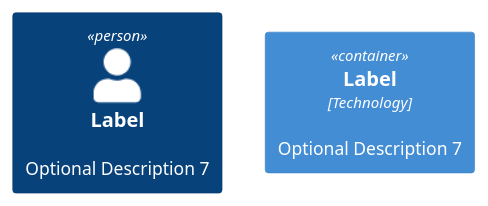
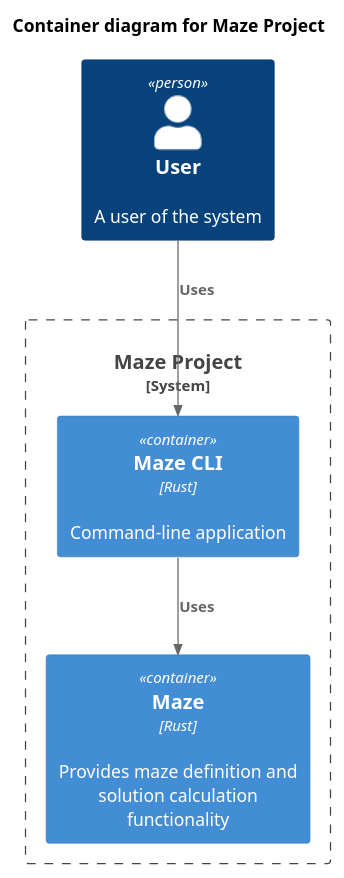
The diagram in diagrams/maze.puml (budgiedownunder/maze), drawn with PlantUML before and after one commit. The commit also changed 1 other file, not shown here.

Commit message:
Initial version of maze.puml refelecting system

```diff
--- a/diagrams/maze.puml
+++ b/diagrams/maze.puml
@@ -1,7 +1,15 @@
 @startuml
 
 !include https://raw.githubusercontent.com/plantuml-stdlib/C4-PlantUML/master/C4_Container.puml
 
-Person(personAlias, "Label", "Optional Description 7")
-Container(containerAlias, "Label", "Technology", "Optional Description 7")
+title Container diagram for Maze Project
+
+Person(user, "User", "A user of the system")
+System_Boundary(c1, "Maze Project") {
+    Container(cli_app, "Maze CLI", "Rust", "Command-line application ")
+    Container(maze_library, "Maze", "Rust", "Provides maze definition and solution calculation functionality")
+}
+
+Rel(user, cli_app, "Uses")
+Rel(cli_app, maze_library, "Uses")
 @enduml
```
